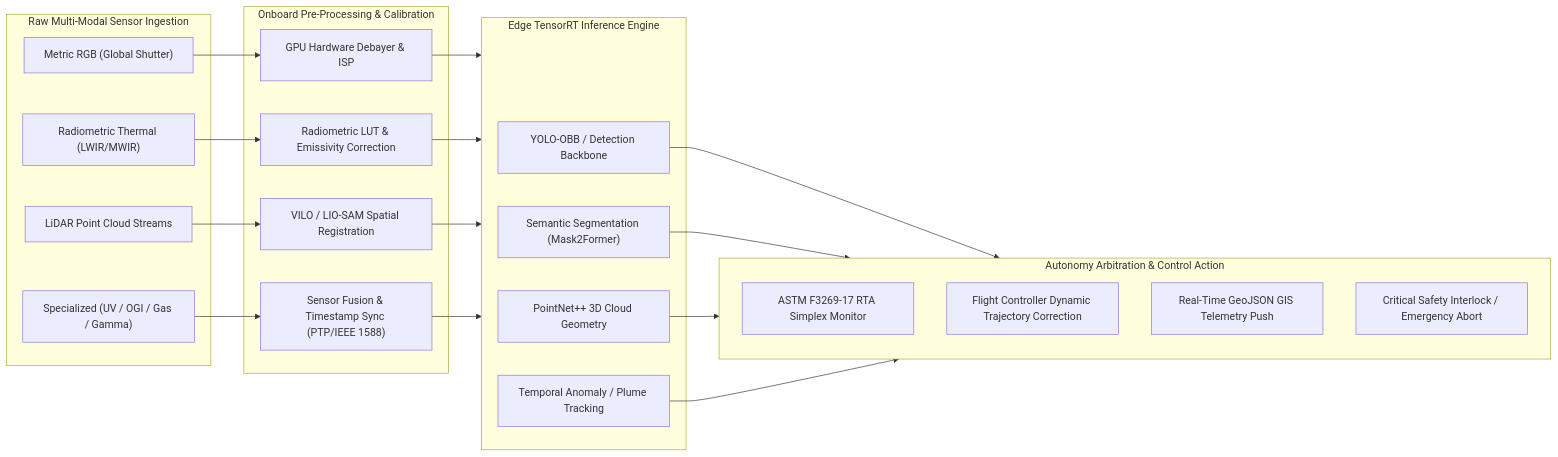
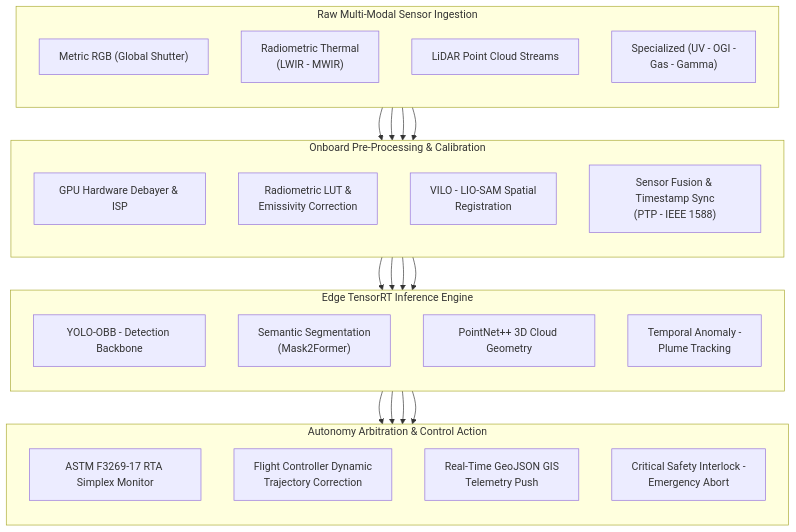
One commit to gintatkinson/uav-13 changed the third of 3 diagrams in docs/research/LOW_ALTITUDE_ECONOMY_INFRASTRUCTURE_INSPECTION_DOMAINS.md. Above: the diagram before and after it, drawn with Mermaid. The commit also changed other lines of this file and 176 other files, not shown here.

Commit message:
fix(template): purge schema pollution and synchronize pipeline from spec-core

````diff
--- a/docs/research/LOW_ALTITUDE_ECONOMY_INFRASTRUCTURE_INSPECTION_DOMAINS.md
+++ b/docs/research/LOW_ALTITUDE_ECONOMY_INFRASTRUCTURE_INSPECTION_DOMAINS.md
@@ -905,38 +924,42 @@
 ```mermaid
-flowchart LR
+flowchart TD
     subgraph Raw_Sensors["Raw Multi-Modal Sensor Ingestion"]
+        direction TB
         S1["Metric RGB (Global Shutter)"]
-        S2["Radiometric Thermal (LWIR/MWIR)"]
+        S2["Radiometric Thermal<br/>(LWIR - MWIR)"]
         S3["LiDAR Point Cloud Streams"]
-        S4["Specialized (UV / OGI / Gas / Gamma)"]
+        S4["Specialized (UV - OGI -<br/>Gas - Gamma)"]
     end
 
     subgraph Edge_Preproc["Onboard Pre-Processing & Calibration"]
+        direction TB
         P1["GPU Hardware Debayer & ISP"]
-        P2["Radiometric LUT & Emissivity Correction"]
-        P3["VILO / LIO-SAM Spatial Registration"]
-        P4["Sensor Fusion & Timestamp Sync (PTP/IEEE 1588)"]
+        P2["Radiometric LUT &<br/>Emissivity Correction"]
+        P3["VILO - LIO-SAM Spatial<br/>Registration"]
+        P4["Sensor Fusion & Timestamp Sync<br/>(PTP - IEEE 1588)"]
     end
 
     subgraph DNN_Inference["Edge TensorRT Inference Engine"]
-        M1["YOLO-OBB / Detection Backbone"]
-        M2["Semantic Segmentation (Mask2Former)"]
+        direction TB
+        M1["YOLO-OBB - Detection Backbone"]
+        M2["Semantic Segmentation<br/>(Mask2Former)"]
         M3["PointNet++ 3D Cloud Geometry"]
-        M4["Temporal Anomaly / Plume Tracking"]
+        M4["Temporal Anomaly -<br/>Plume Tracking"]
     end
 
     subgraph Autonomy_Safety["Autonomy Arbitration & Control Action"]
+        direction TB
         A1["ASTM F3269-17 RTA Simplex Monitor"]
-        A2["Flight Controller Dynamic Trajectory Correction"]
-        A3["Real-Time GeoJSON GIS Telemetry Push"]
-        A4["Critical Safety Interlock / Emergency Abort"]
+        A2["Flight Controller Dynamic<br/>Trajectory Correction"]
+        A3["Real-Time GeoJSON GIS<br/>Telemetry Push"]
+        A4["Critical Safety Interlock -<br/>Emergency Abort"]
     end
 
     S1 --> P1
     S2 --> P2
     S3 --> P3
     S4 --> P4
 
     P1 & P2 & P3 & P4 --> DNN_Inference
     M1 & M2 & M3 & M4 --> Autonomy_Safety
 ```
````
